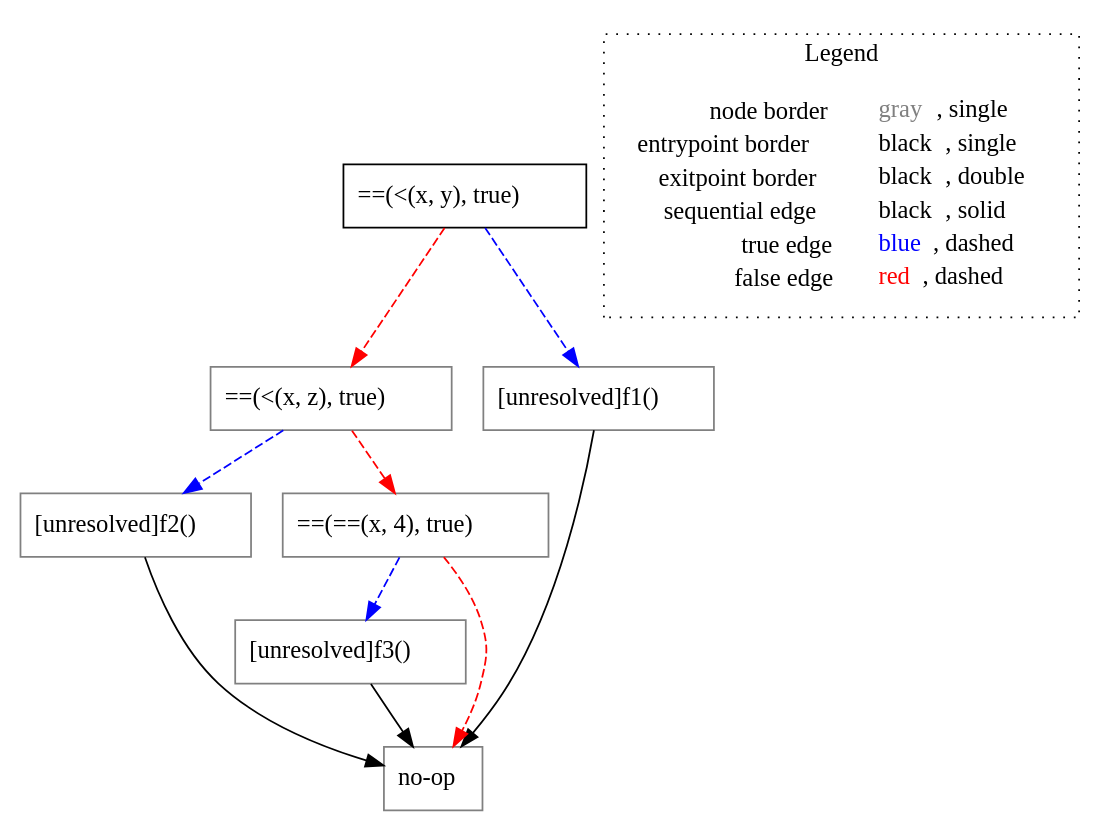
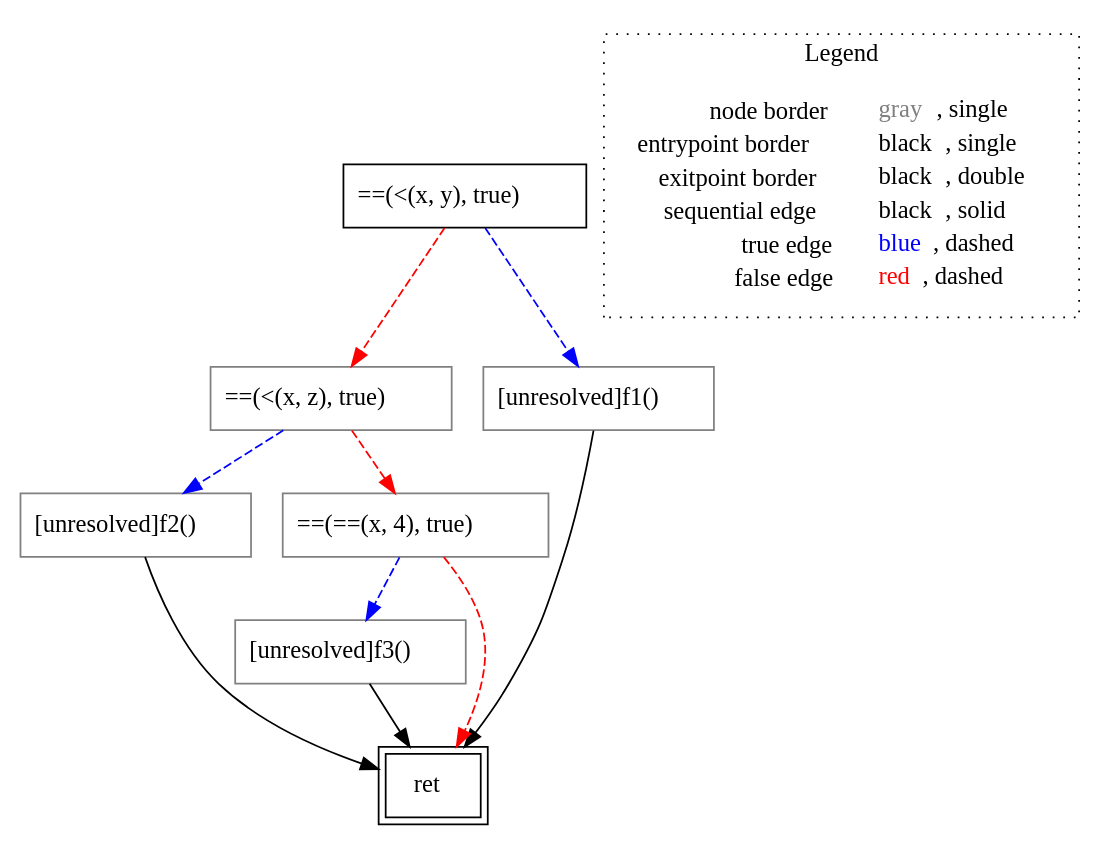
One commit to lisa-analyzer/go-lisa changed the diagram in go-lisa/test-outputs/cfg/switch/untyped_~LiSAProgram.noGuard(int_x,_int_y).dot. Above: the diagram before and after it, drawn with Graphviz. The commit also changed 27 other files, not shown here.

```diff
--- a/go-lisa/test-outputs/cfg/switch/untyped_~LiSAProgram.noGuard(int_x,_int_y).dot
+++ b/go-lisa/test-outputs/cfg/switch/untyped_~LiSAProgram.noGuard(int_x,_int_y).dot
@@ -1,25 +1,25 @@
 digraph {
 	"node0" [shape="rect",color="black",label=<==(&lt;(x, y), true)>];
-	"node1" [shape="rect",color="gray",label=<==(&lt;(x, z), true)>];
-	"node2" [shape="rect",color="gray",label=<[unresolved]f3()>];
-	"node3" [shape="rect",color="gray",label=<[unresolved]f1()>];
-	"node4" [shape="rect",color="gray",label=<[unresolved]f2()>];
-	"node5" [shape="rect",color="gray",label=<==(==(x, 4), true)>];
-	"node6" [shape="rect",color="gray",label=<no-op>];
-	"node1" -> "node4" [color="blue",style="dashed"];
-	"node1" -> "node5" [color="red",style="dashed"];
-	"node2" -> "node6" [color="black"];
-	"node3" -> "node6" [color="black"];
-	"node4" -> "node6" [color="black"];
-	"node0" -> "node1" [color="red",style="dashed"];
-	"node0" -> "node3" [color="blue",style="dashed"];
-	"node5" -> "node2" [color="blue",style="dashed"];
-	"node5" -> "node6" [color="red",style="dashed"];
+	"node1" [shape="rect",color="gray",label=<[unresolved]f3()>];
+	"node2" [shape="rect",color="black",peripheries="2",label=<ret>];
+	"node3" [shape="rect",color="gray",label=<[unresolved]f2()>];
+	"node4" [shape="rect",color="gray",label=<==(&lt;(x, z), true)>];
+	"node5" [shape="rect",color="gray",label=<[unresolved]f1()>];
+	"node6" [shape="rect",color="gray",label=<==(==(x, 4), true)>];
+	"node1" -> "node2" [color="black"];
+	"node3" -> "node2" [color="black"];
+	"node4" -> "node3" [color="blue",style="dashed"];
+	"node4" -> "node6" [color="red",style="dashed"];
+	"node5" -> "node2" [color="black"];
+	"node0" -> "node4" [color="red",style="dashed"];
+	"node0" -> "node5" [color="blue",style="dashed"];
+	"node6" -> "node1" [color="blue",style="dashed"];
+	"node6" -> "node2" [color="red",style="dashed"];
 subgraph cluster_legend {
 	label="Legend";
 	style=dotted;
 	node [shape=plaintext];
 	"legend" [label=<<table border="0" cellpadding="2" cellspacing="0" cellborder="0"><tr><td align="right">node border&nbsp;</td><td align="left"><font color="gray">gray</font>, single</td></tr><tr><td align="right">entrypoint border&nbsp;</td><td align="left"><font color="black">black</font>, single</td></tr><tr><td align="right">exitpoint border&nbsp;</td><td align="left"><font color="black">black</font>, double</td></tr><tr><td align="right">sequential edge&nbsp;</td><td align="left"><font color="black">black</font>, solid</td></tr><tr><td align="right">true edge&nbsp;</td><td align="left"><font color="blue">blue</font>, dashed</td></tr><tr><td align="right">false edge&nbsp;</td><td align="left"><font color="red">red</font>, dashed</td></tr></table>>];
 }
 
 }
```
